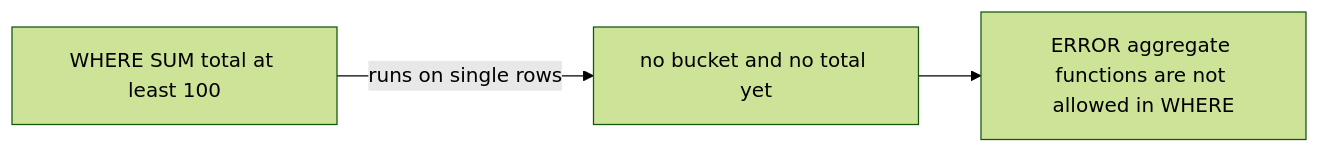
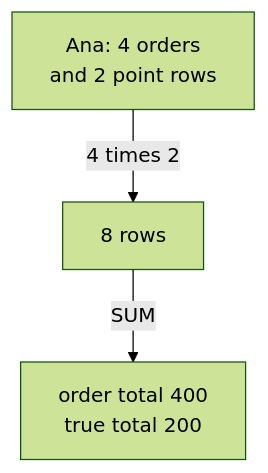
One commit to starjustice/research-material changed the third of 4 diagrams in learn/database/03-grouping-and-aggregation.md. Above: the diagram before and after it, drawn with Mermaid (forest theme). The commit also changed other lines of this file, not shown here.

````diff
--- a/learn/database/03-grouping-and-aggregation.md
+++ b/learn/database/03-grouping-and-aggregation.md
@@ -125,5 +432,5 @@
 ```mermaid
-graph LR
-    A["WHERE SUM total at least 100"] -->|runs on single rows| B["no bucket and no total yet"]
-    B --> C["ERROR aggregate functions are not allowed in WHERE"]
+graph TB
+    J["Ana: 4 orders<br/>and 2 point rows"] -->|4 times 2| R["8 rows"]
+    R -->|SUM| X["order total 400<br/>true total 200"]
 ```
````
